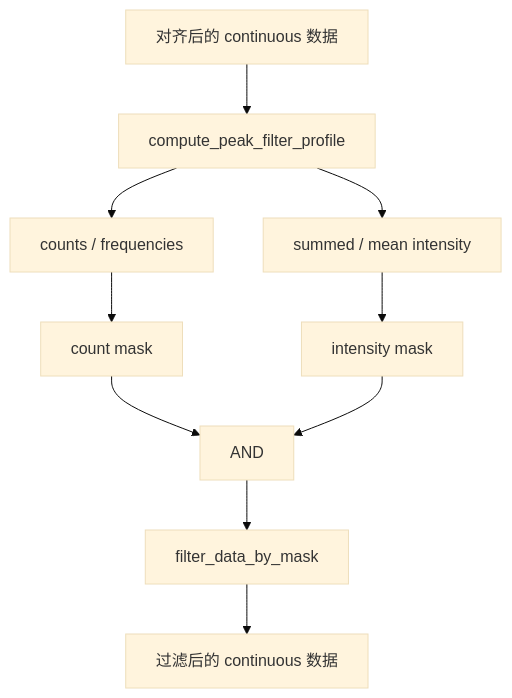
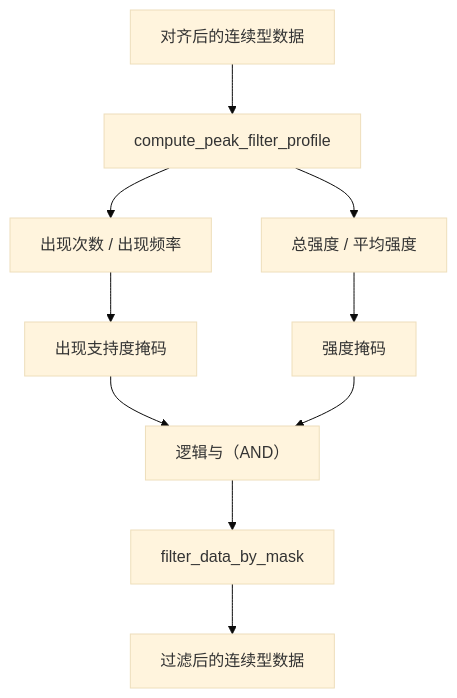
One commit to NeoNexusX/MassFlow changed the diagram in docs/zh/stat_filter.md. Above: the diagram before and after it, drawn with Mermaid (base theme). The commit also changed other lines of this file and 5 other files, not shown here.

````diff
--- a/docs/zh/stat_filter.md
+++ b/docs/zh/stat_filter.md
@@ -21,12 +21,12 @@
 ```mermaid
 graph TD
-  A["对齐后的 continuous 数据"] --> B["compute_peak_filter_profile"]
-  B --> C["counts / frequencies"]
-  B --> D["summed / mean intensity"]
-  C --> E["count mask"]
-  D --> F["intensity mask"]
-  E --> G["AND"]
+  A["对齐后的连续型数据"] --> B["compute_peak_filter_profile"]
+  B --> C["出现次数 / 出现频率"]
+  B --> D["总强度 / 平均强度"]
+  C --> E["出现支持度掩码"]
+  D --> F["强度掩码"]
+  E --> G["逻辑与（AND）"]
   F --> G
   G --> H["filter_data_by_mask"]
-  H --> I["过滤后的 continuous 数据"]
+  H --> I["过滤后的连续型数据"]
 ```
````
